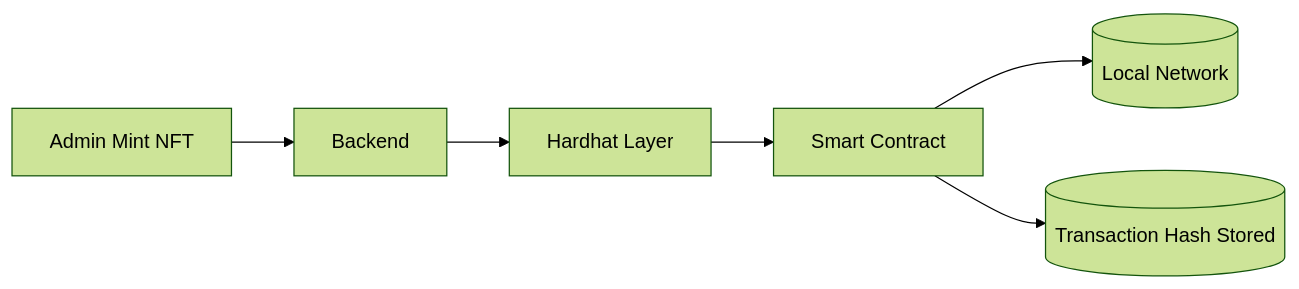
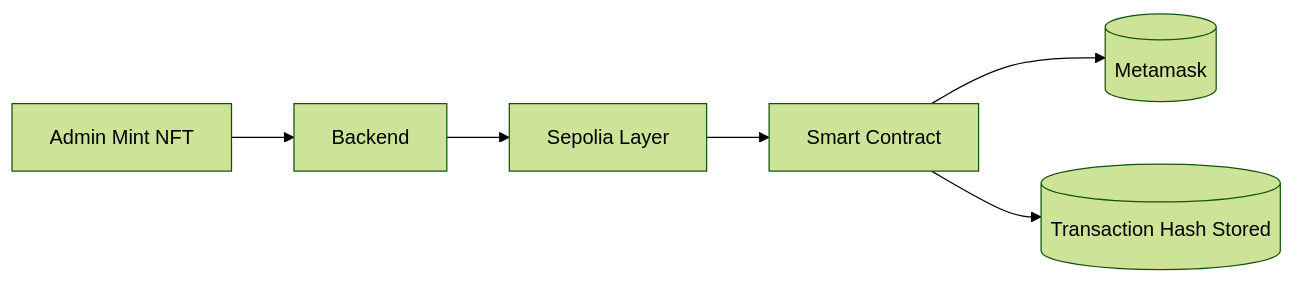
The sixth of 10 diagrams in README.md (YashKerkarTech04/YAR-Coin-2.0), drawn with Mermaid (forest theme) before and after one commit. The commit also changed other lines of this file, not shown here.

````diff
--- a/README.md
+++ b/README.md
@@ -151,8 +151,8 @@
 ```mermaid
 flowchart LR
     A[Admin Mint NFT] --> B[Backend]
-    B --> C[Hardhat Layer]
+    B --> C[Sepolia Layer]
     C --> D[Smart Contract]
-    D --> E[(Local Network)]
+    D --> E[(Metamask)]
     D --> F[(Transaction Hash Stored)]
 ```
````
